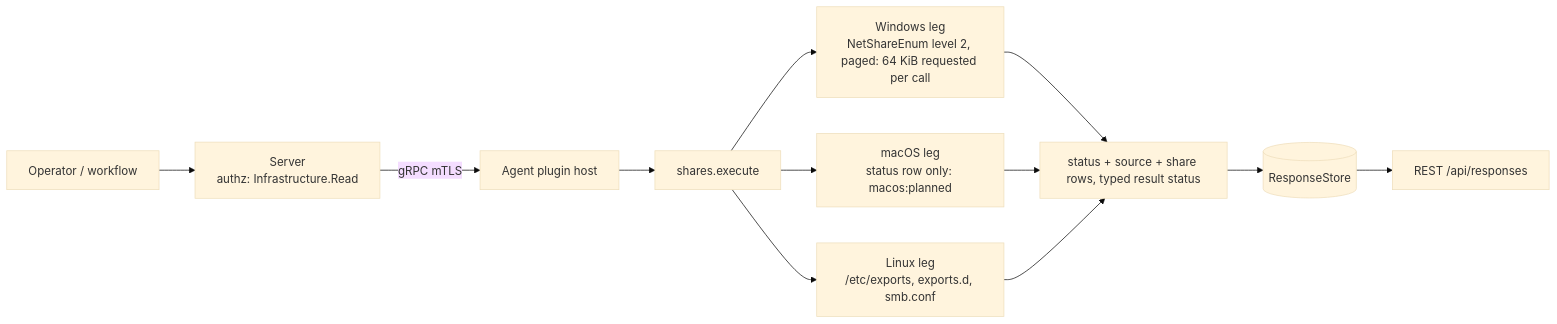
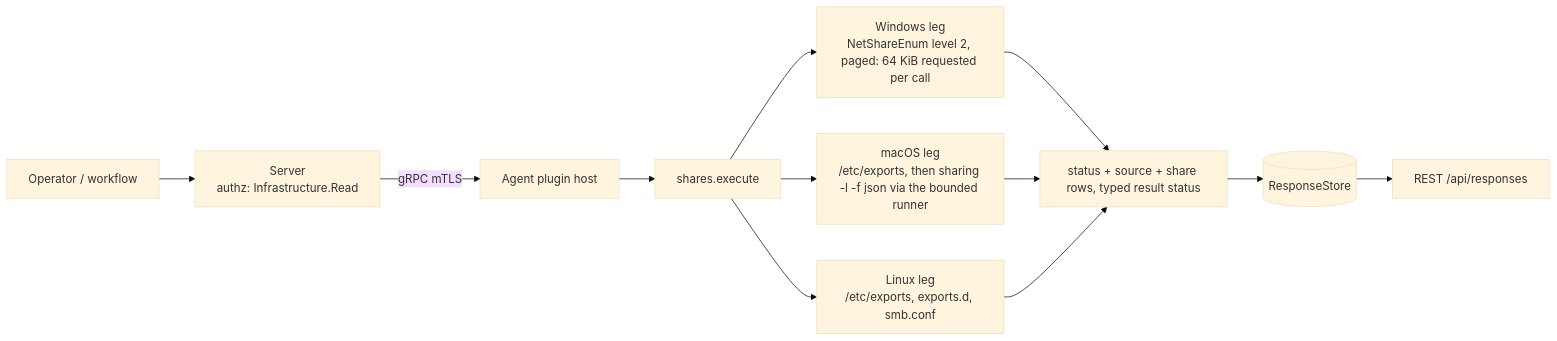
The first of 3 diagrams in agents/plugins/shares/README.md (DevNullLtd/Yuzu), drawn with Mermaid (base theme) before and after one commit. The commit also changed other lines of this file and 19 other files, not shown here.

Commit message:
feat(shares): macOS list leg via sharing -l -f json (bounded runner) plus BSD /etc/exports, every failure a named token

````diff
--- a/agents/plugins/shares/README.md
+++ b/agents/plugins/shares/README.md
@@ -21,9 +23,9 @@
 ```mermaid
 flowchart LR
   OP[Operator / workflow] --> SRV[Server<br/>authz: Infrastructure.Read]
   SRV -- gRPC mTLS --> HOST[Agent plugin host] --> EX[shares.execute]
   EX --> WIN["Windows leg<br/>NetShareEnum level 2, paged: 64 KiB requested per call"]
-  EX --> MAC["macOS leg<br/>status row only: macos:planned"]
+  EX --> MAC["macOS leg<br/>/etc/exports, then sharing -l -f json via the bounded runner"]
   EX --> LIN["Linux leg<br/>/etc/exports, exports.d, smb.conf"]
   WIN & MAC & LIN --> ROWS[status + source + share rows, typed result status] --> RS[(ResponseStore)] --> API[REST /api/responses]
 ```
````
